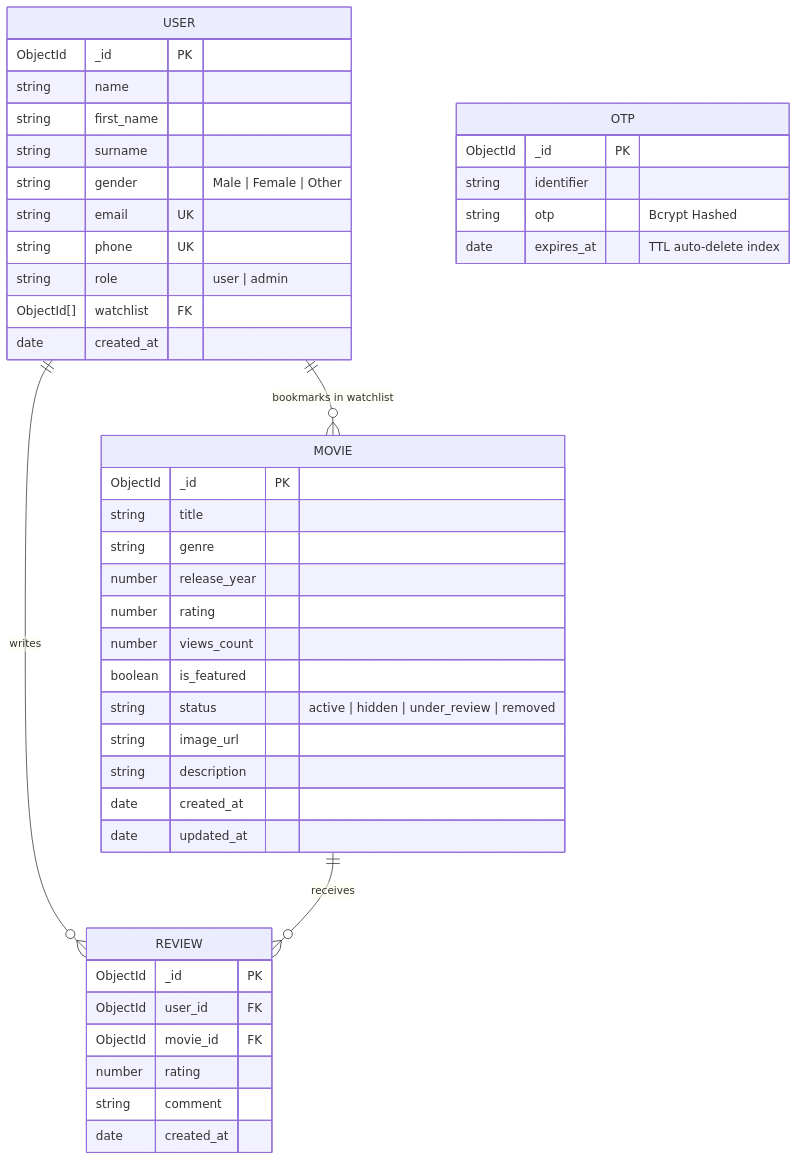
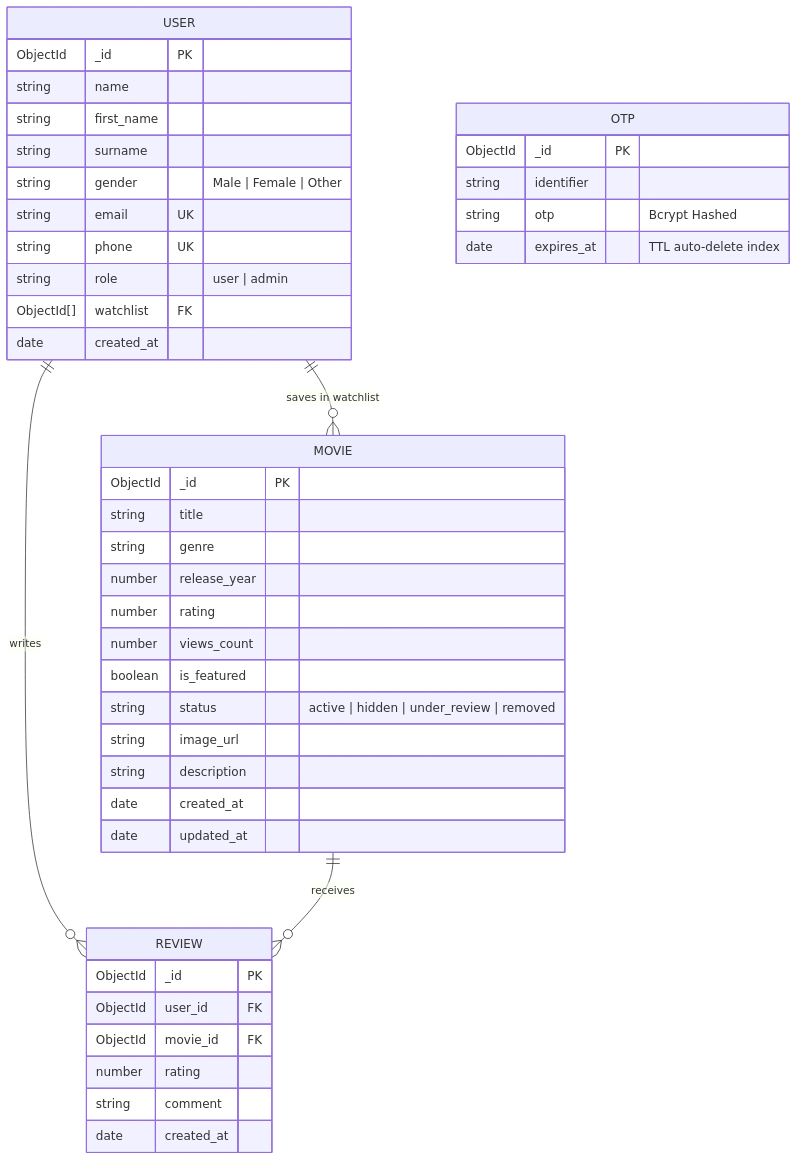
One commit to Ishit02422/Movie-Catalog-CineVerse- changed the diagram in CineVerse_Project_Documentation.md. Above: the diagram before and after it, drawn with Mermaid. The commit also changed other lines of this file and 1 other file, not shown here.

Commit message:
Update project documentation and README to reflect latest 2026 architecture, persistent sessions, unique views, and trailer integration

````diff
--- a/CineVerse_Project_Documentation.md
+++ b/CineVerse_Project_Documentation.md
@@ -91,50 +113,50 @@
 ```mermaid
 erDiagram
     USER ||--o{ REVIEW : "writes"
-    USER ||--o{ MOVIE : "bookmarks in watchlist"
+    USER ||--o{ MOVIE : "saves in watchlist"
     MOVIE ||--o{ REVIEW : "receives"
 
     USER {
         ObjectId _id PK
         string name
         string first_name
         string surname
         string gender "Male | Female | Other"
         string email UK
         string phone UK
         string role "user | admin"
         ObjectId[] watchlist FK
         date created_at
     }
 
     MOVIE {
         ObjectId _id PK
         string title
         string genre
         number release_year
         number rating
         number views_count
         boolean is_featured
         string status "active | hidden | under_review | removed"
         string image_url
         string description
         date created_at
         date updated_at
     }
 
     OTP {
         ObjectId _id PK
         string identifier
         string otp "Bcrypt Hashed"
         date expires_at "TTL auto-delete index"
     }
 
     REVIEW {
         ObjectId _id PK
         ObjectId user_id FK
         ObjectId movie_id FK
         number rating
         string comment
         date created_at
     }
 ```
````
